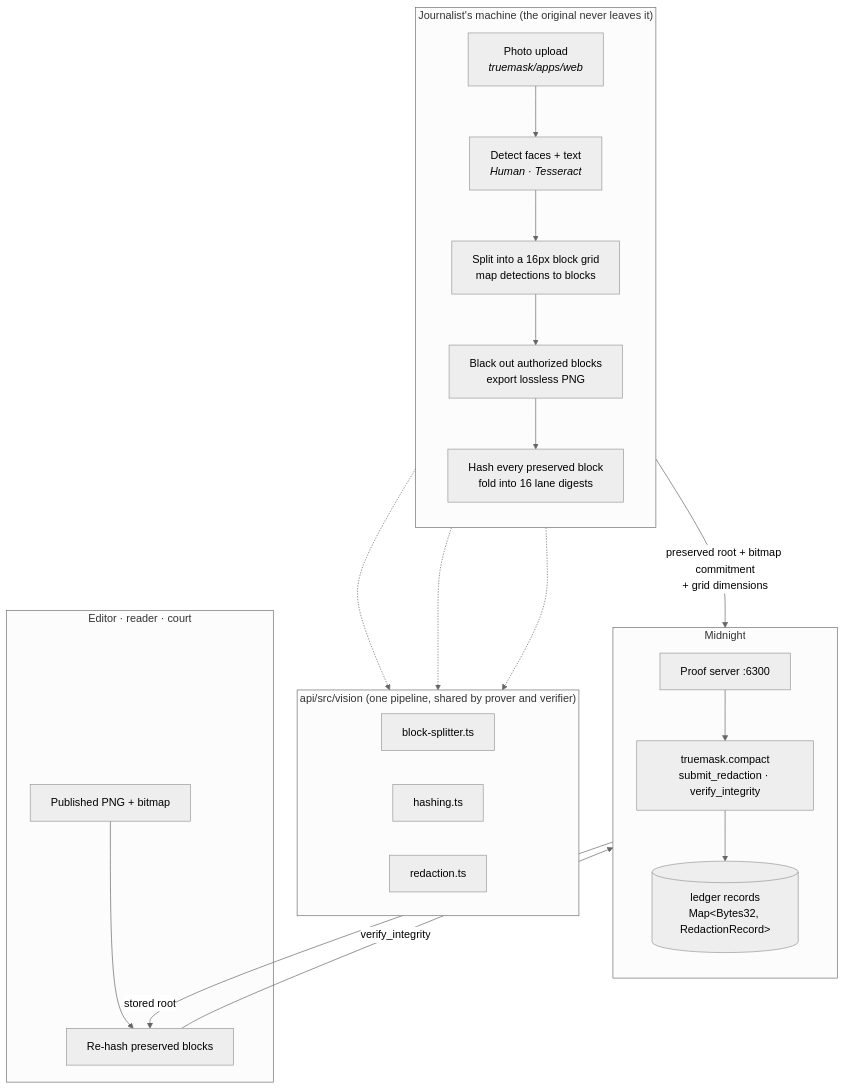
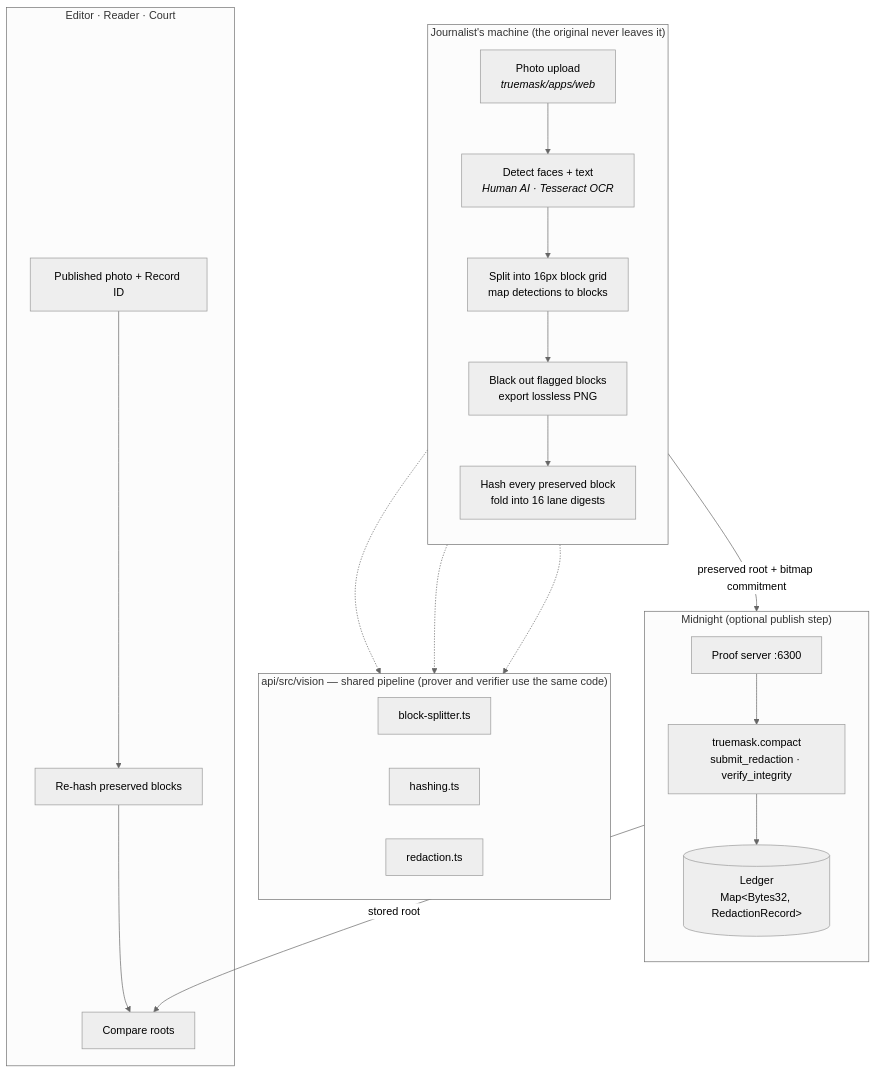
One commit to bantoklara/midnight-hackathon-image-blurring changed the diagram in README.md. Above: the diagram before and after it, drawn with Mermaid (neutral theme). The commit also changed other lines of this file and 1 other file, not shown here.

````diff
--- a/README.md
+++ b/README.md
@@ -103,40 +85,41 @@
 ```mermaid
 flowchart TB
     subgraph browser["Journalist's machine (the original never leaves it)"]
         direction TB
         UP["Photo upload<br/><i>truemask/apps/web</i>"]
-        DET["Detect faces + text<br/><i>Human · Tesseract</i>"]
-        GRID["Split into a 16px block grid<br/>map detections to blocks"]
-        RED["Black out authorized blocks<br/>export lossless PNG"]
+        DET["Detect faces + text<br/><i>Human AI · Tesseract OCR</i>"]
+        GRID["Split into 16px block grid<br/>map detections to blocks"]
+        RED["Black out flagged blocks<br/>export lossless PNG"]
         HASH["Hash every preserved block<br/>fold into 16 lane digests"]
         UP --> DET --> GRID --> RED --> HASH
     end
 
-    subgraph shared["api/src/vision (one pipeline, shared by prover and verifier)"]
+    subgraph shared["api/src/vision — shared pipeline (prover and verifier use the same code)"]
         direction LR
         BS["block-splitter.ts"]
         HS["hashing.ts"]
         RD["redaction.ts"]
     end
 
-    subgraph chain["Midnight"]
+    subgraph chain["Midnight (optional publish step)"]
         direction TB
         PS["Proof server :6300"]
         CT["truemask.compact<br/>submit_redaction · verify_integrity"]
-        LG[("ledger records<br/>Map&lt;Bytes32, RedactionRecord&gt;")]
+        LG[("Ledger<br/>Map&lt;Bytes32, RedactionRecord&gt;")]
         PS --> CT --> LG
     end
 
     GRID -.-> BS
     HASH -.-> HS
     RED -.-> RD
-    HASH -->|"preserved root + bitmap commitment<br/>+ grid dimensions"| PS
+    HASH -->|"preserved root + bitmap commitment"| PS
 
-    subgraph verifier["Editor · reader · court"]
-        VIMG["Published PNG + bitmap"]
-        VCHK["Re-hash preserved blocks"]
-        VIMG --> VCHK
+    subgraph verifier["Editor · Reader · Court"]
+        VU["Published photo + Record ID"]
+        VH["Re-hash preserved blocks"]
+        VC["Compare roots"]
+        VU --> VH --> VC
     end
-    VCHK -->|"verify_integrity"| CT
-    LG -->|"stored root"| VCHK
+
+    LG -->|"stored root"| VC
 ```
````
